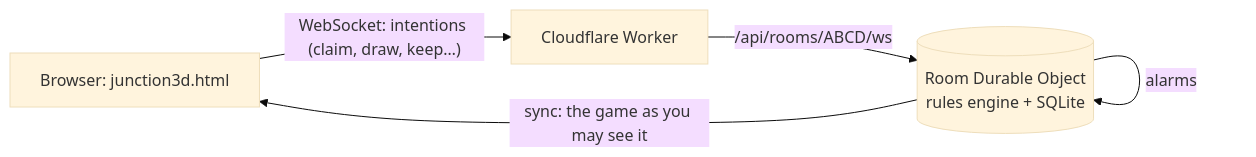
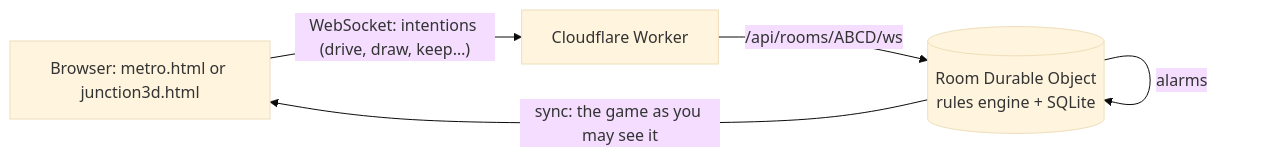
The diagram in README.md (aggarwalpulkit596/junction), drawn with Mermaid (base theme) before and after one commit. The commit also changed other lines of this file and 16 other files, not shown here.

First line of the commit message:
Iteration 5: Junction: Delhi Metro, a phone-first 3D route game with online rooms

````diff
--- a/README.md
+++ b/README.md
@@ -34,7 +53,7 @@
 ```mermaid
 flowchart LR
-  A[Browser: junction3d.html] -- "WebSocket: intentions (claim, draw, keep…)" --> W[Cloudflare Worker]
+  A[Browser: metro.html or junction3d.html] -- "WebSocket: intentions (drive, draw, keep…)" --> W[Cloudflare Worker]
   W -- "/api/rooms/ABCD/ws" --> R[(Room Durable Object<br/>rules engine + SQLite)]
   R -- "sync: the game as you may see it" --> A
   R -- "alarms" --> R
 ```
````
